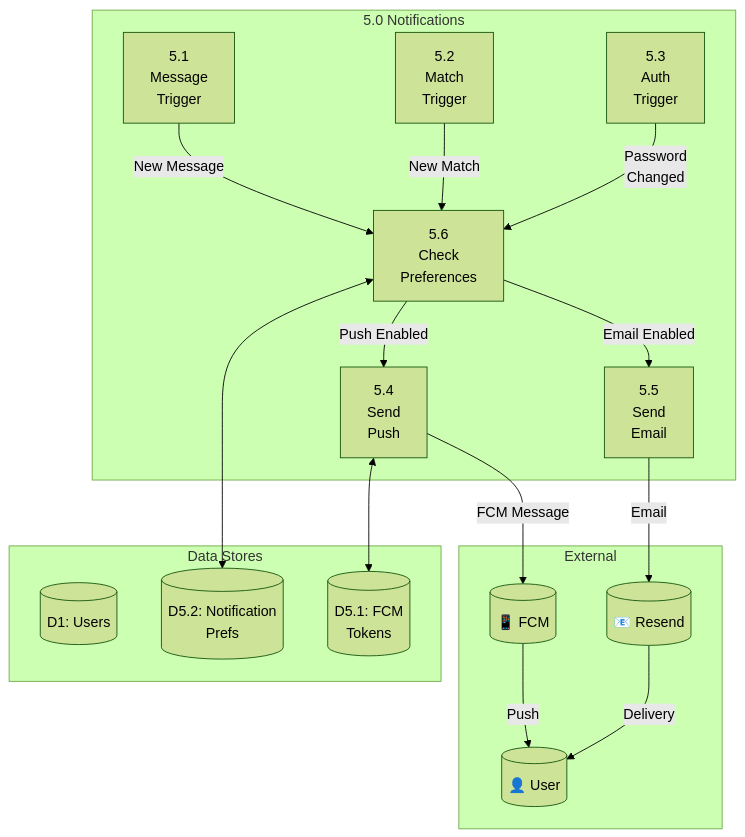
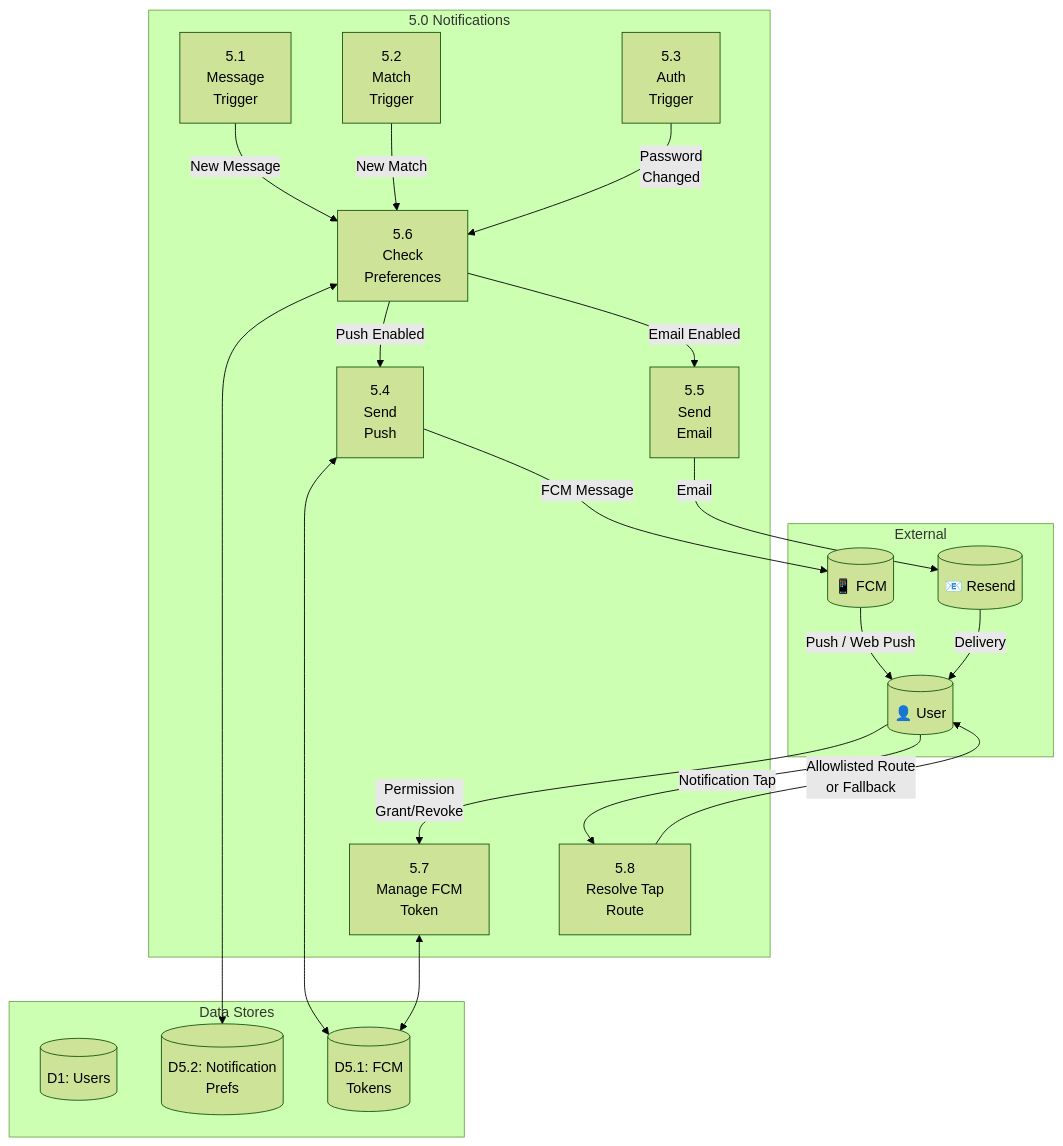
Before and after one commit to Aceadk/my_first_project: the seventh of 17 diagrams in docs/project_dfd.md, drawn with Mermaid (forest theme). The commit also changed other lines of this file and 110 other files, not shown here.

````diff
--- a/docs/project_dfd.md
+++ b/docs/project_dfd.md
@@ -506,38 +514,44 @@
 ```mermaid
 flowchart TB
     subgraph External
         U[("👤 User")]
         FCM[("📱 FCM")]
         RS[("📧 Resend")]
     end
 
     subgraph "5.0 Notifications"
         P5_1["5.1<br/>Message<br/>Trigger"]
         P5_2["5.2<br/>Match<br/>Trigger"]
         P5_3["5.3<br/>Auth<br/>Trigger"]
         P5_4["5.4<br/>Send<br/>Push"]
         P5_5["5.5<br/>Send<br/>Email"]
         P5_6["5.6<br/>Check<br/>Preferences"]
+        P5_7["5.7<br/>Manage FCM<br/>Token"]
+        P5_8["5.8<br/>Resolve Tap<br/>Route"]
     end
 
     subgraph "Data Stores"
         DS1[("D1: Users")]
         DS_FCM[("D5.1: FCM<br/>Tokens")]
         DS_PREFS[("D5.2: Notification<br/>Prefs")]
     end
 
     P5_1 -->|"New Message"| P5_6
     P5_2 -->|"New Match"| P5_6
     P5_3 -->|"Password<br/>Changed"| P5_6
 
     P5_6 <--> DS_PREFS
     P5_6 -->|"Push Enabled"| P5_4
     P5_6 -->|"Email Enabled"| P5_5
+    U -->|"Permission<br/>Grant/Revoke"| P5_7
+    P5_7 <--> DS_FCM
 
     P5_4 <--> DS_FCM
     P5_4 -->|"FCM Message"| FCM
-    FCM -->|"Push"| U
+    FCM -->|"Push / Web Push"| U
+    U -->|"Notification Tap"| P5_8
+    P5_8 -->|"Allowlisted Route<br/>or Fallback"| U
 
     P5_5 -->|"Email"| RS
     RS -->|"Delivery"| U
 ```
````
